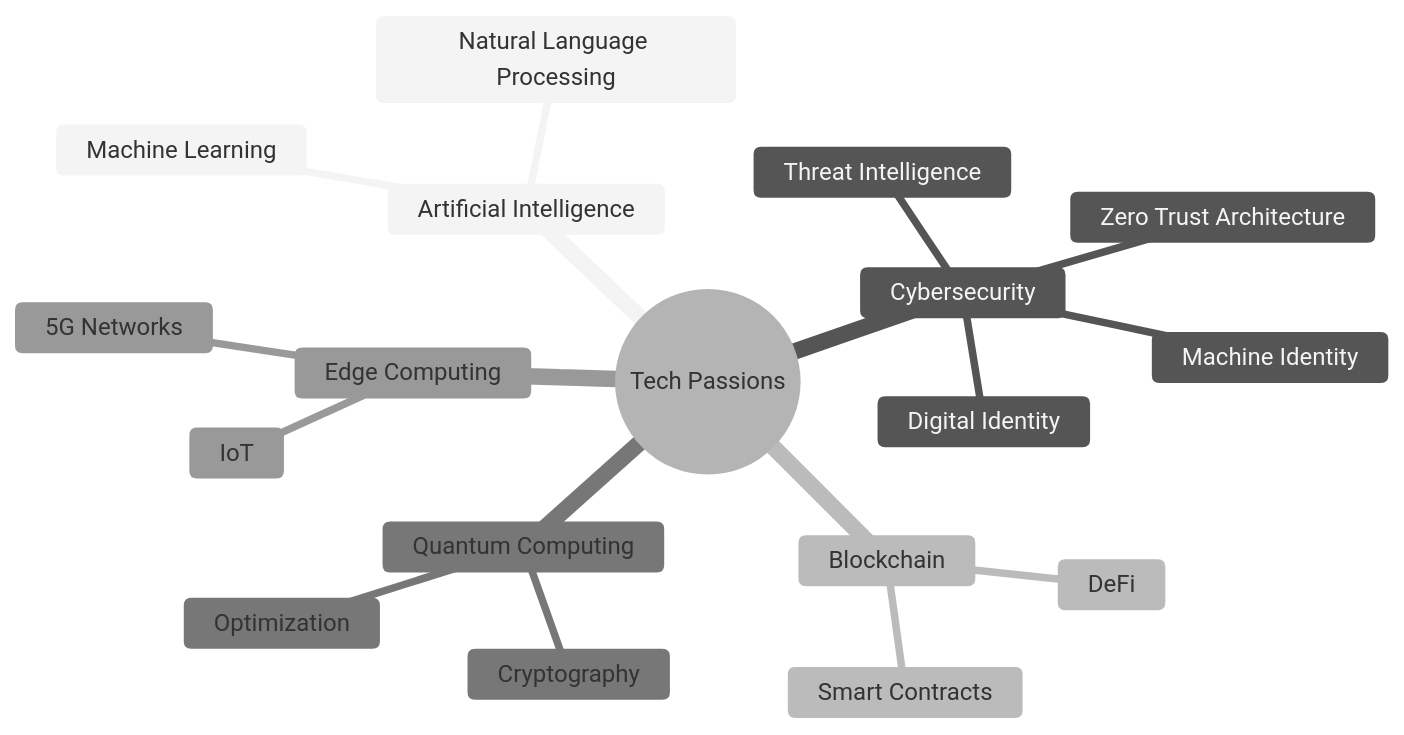
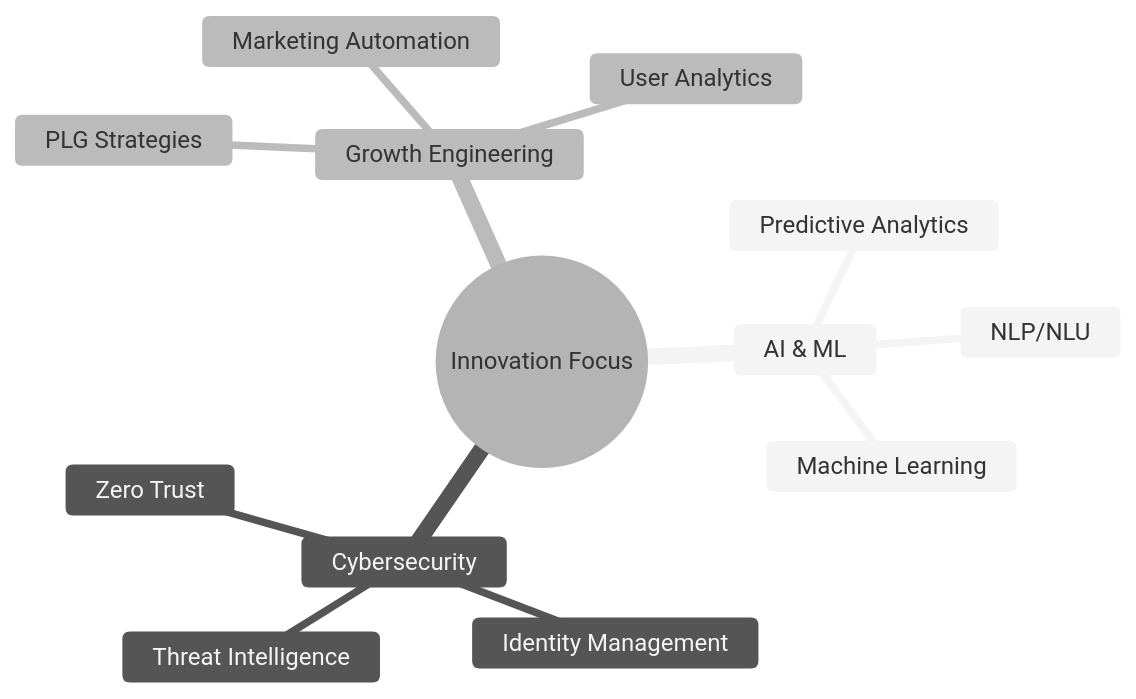
Before and after one commit to guptadeepak/guptadeepak: the diagram in README.md, drawn with Mermaid (neutral theme). The commit also changed other lines of this file, not shown here.

````diff
--- a/README.md
+++ b/README.md
@@ -27,21 +43,16 @@
 ```mermaid
 mindmap
-  root((Tech Passions))
-    Artificial Intelligence
+  root((Innovation Focus))
+    AI & ML
+      Predictive Analytics
+      NLP/NLU
       Machine Learning
-      Natural Language Processing
     Cybersecurity
+      Zero Trust
+      Identity Management
       Threat Intelligence
-      Zero Trust Architecture
-      Digital Identity
-      Machine Identity
-    Blockchain
-      DeFi
-      Smart Contracts
-    Quantum Computing
-      Cryptography
-      Optimization
-    Edge Computing
-      IoT
-      5G Networks
+    Growth Engineering
+      PLG Strategies
+      Marketing Automation
+      User Analytics
 ```
````
